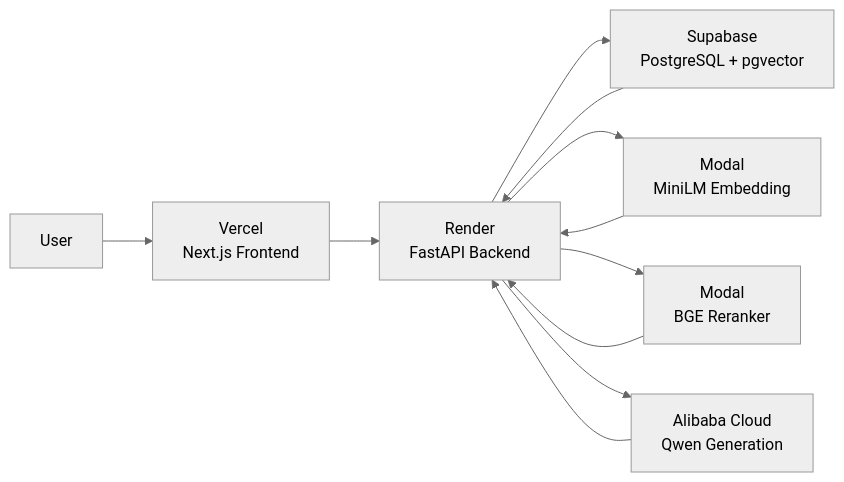
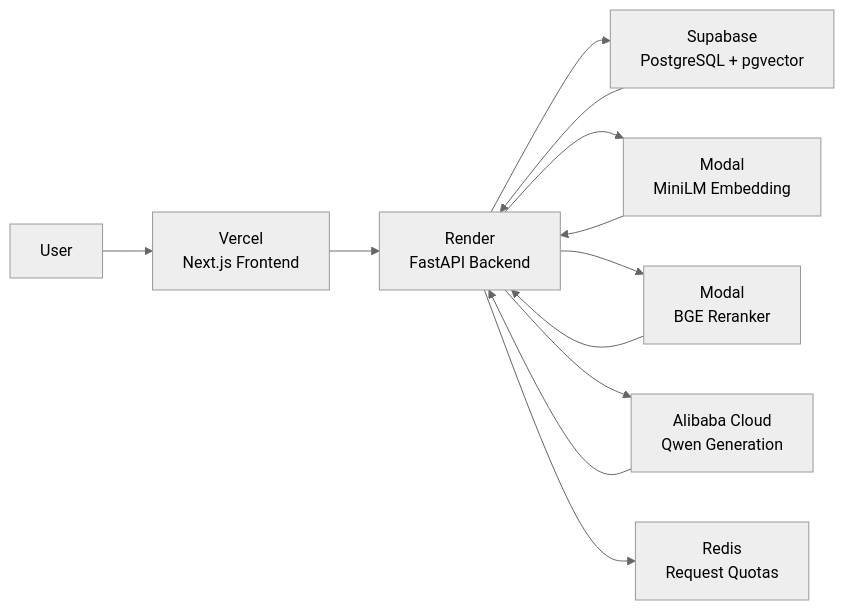
The first of 2 diagrams in README.md (ccrriss/study_notes), drawn with Mermaid (neutral theme) before and after one commit. The commit also changed other lines of this file and 8 other files, not shown here.

````diff
--- a/README.md
+++ b/README.md
@@ -63,15 +72,16 @@
 ```mermaid
 flowchart LR
     User[User] --> Vercel[Vercel<br/>Next.js Frontend]
     Vercel --> Render[Render<br/>FastAPI Backend]
 
     Render --> Supabase[Supabase<br/>PostgreSQL + pgvector]
     Render --> ModalEmbedding[Modal<br/>MiniLM Embedding]
     Render --> ModalReranker[Modal<br/>BGE Reranker]
     Render --> Qwen[Alibaba Cloud<br/>Qwen Generation]
+    Render --> Redis[Redis<br/>Request Quotas]
 
     ModalEmbedding --> Render
     ModalReranker --> Render
     Supabase --> Render
     Qwen --> Render
 ```
````
